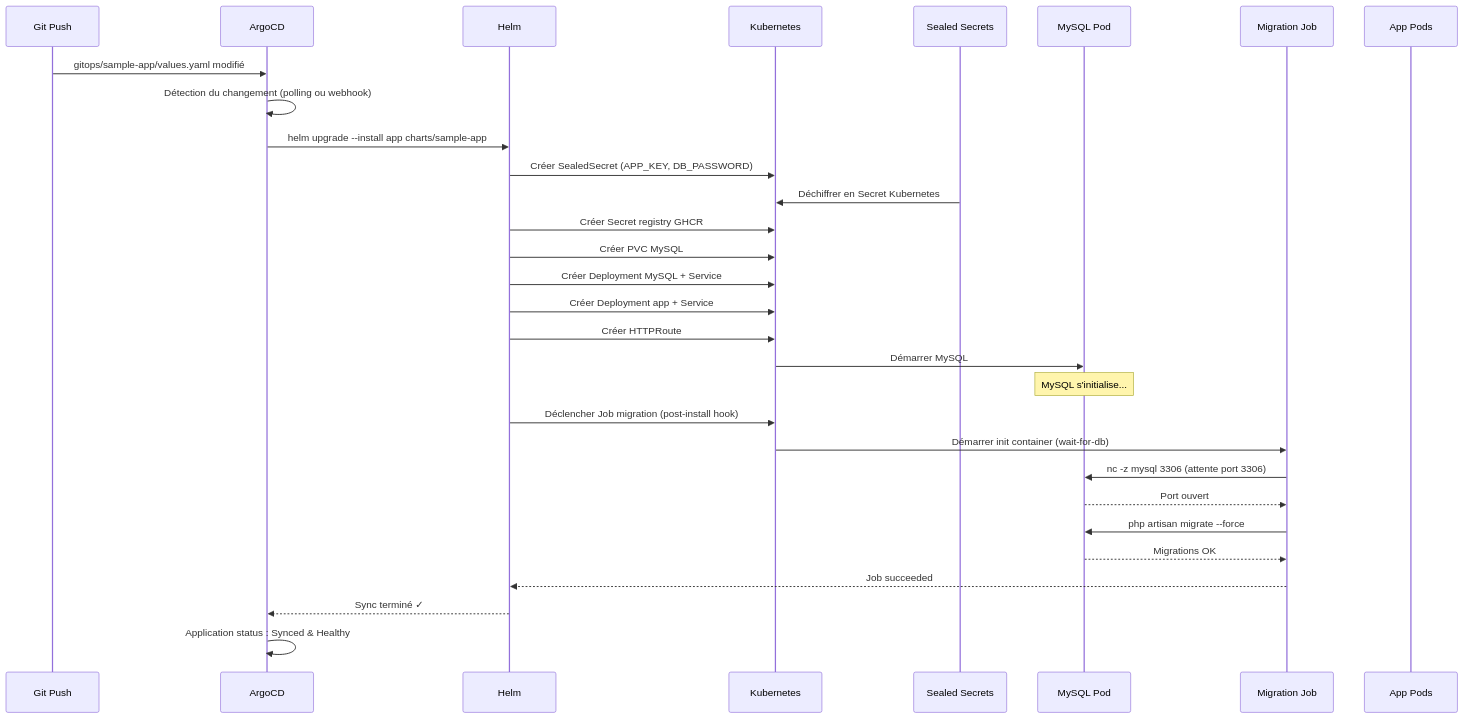
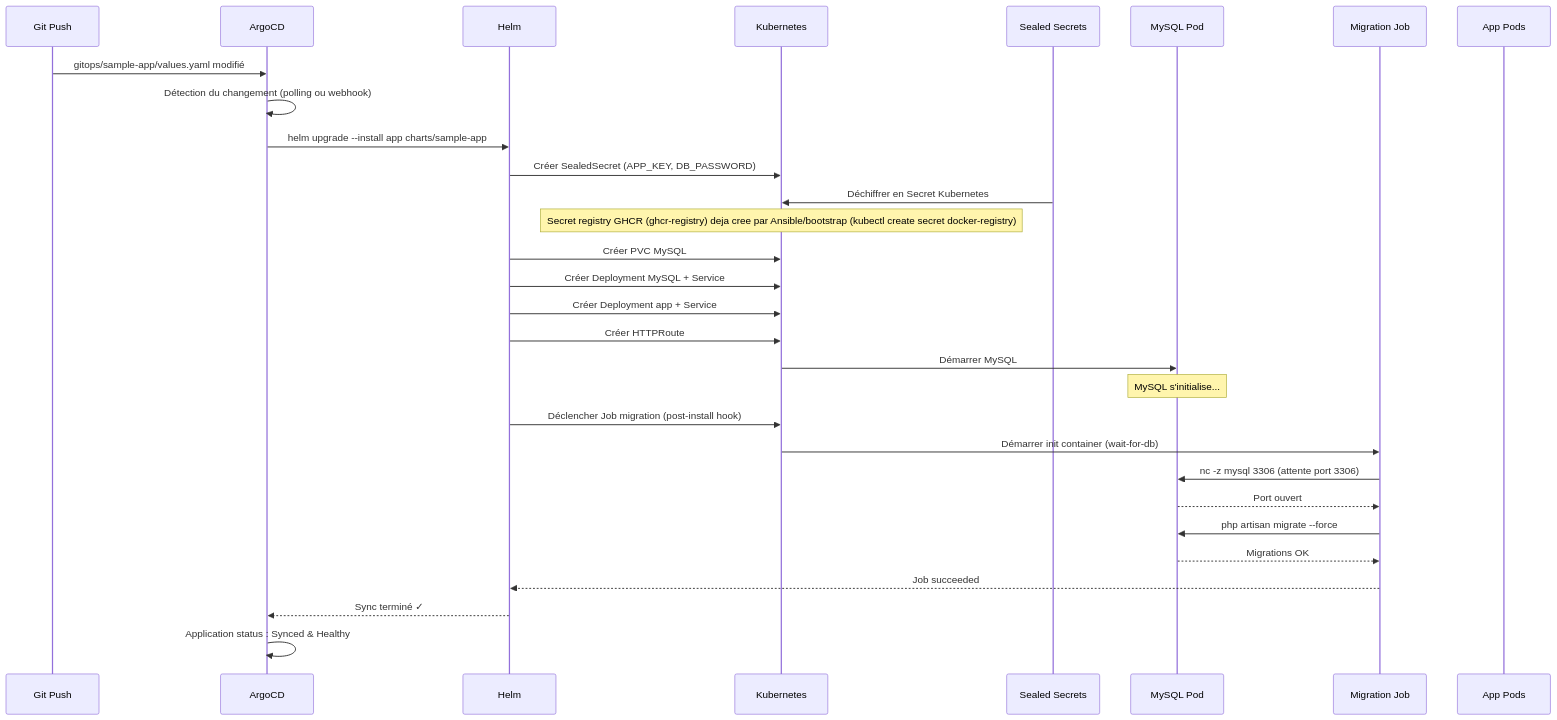
One commit to PikPakPik/T-CLO-902-NAN_1 changed the second of 2 diagrams in docs/deployment-flow.md. Above: the diagram before and after it, drawn with Mermaid. The commit also changed other lines of this file and 16 other files, not shown here.

````diff
--- a/docs/deployment-flow.md
+++ b/docs/deployment-flow.md
@@ -66,33 +66,33 @@
 ```mermaid
 sequenceDiagram
     participant G as Git Push
     participant A as ArgoCD
     participant H as Helm
     participant K as Kubernetes
     participant S as Sealed Secrets
     participant M as MySQL Pod
     participant J as Migration Job
     participant P as App Pods
 
     G->>A: gitops/sample-app/values.yaml modifié
     A->>A: Détection du changement (polling ou webhook)
     A->>H: helm upgrade --install app charts/sample-app
     H->>K: Créer SealedSecret (APP_KEY, DB_PASSWORD)
     S->>K: Déchiffrer en Secret Kubernetes
-    H->>K: Créer Secret registry GHCR
+    Note over K: Secret registry GHCR (ghcr-registry) deja cree par Ansible/bootstrap (kubectl create secret docker-registry)
     H->>K: Créer PVC MySQL
     H->>K: Créer Deployment MySQL + Service
     H->>K: Créer Deployment app + Service
     H->>K: Créer HTTPRoute
     K->>M: Démarrer MySQL
     Note over M: MySQL s'initialise...
     H->>K: Déclencher Job migration (post-install hook)
     K->>J: Démarrer init container (wait-for-db)
     J->>M: nc -z mysql 3306 (attente port 3306)
     M-->>J: Port ouvert
     J->>M: php artisan migrate --force
     M-->>J: Migrations OK
     J-->>H: Job succeeded
     H-->>A: Sync terminé ✓
     A->>A: Application status : Synced & Healthy
 ```
````
